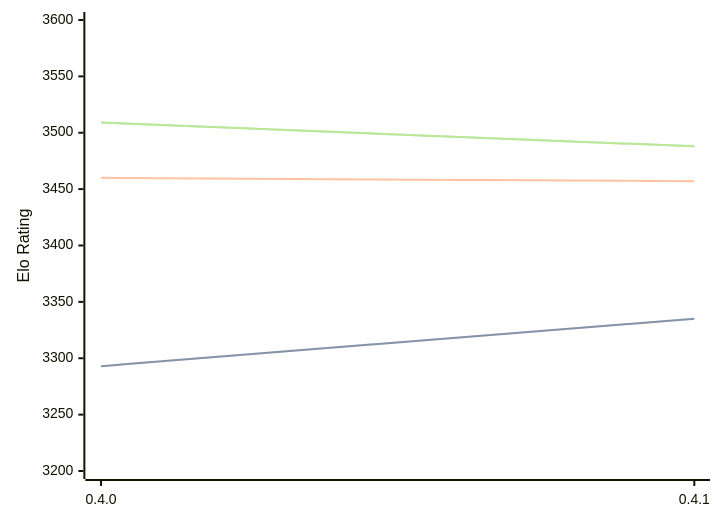
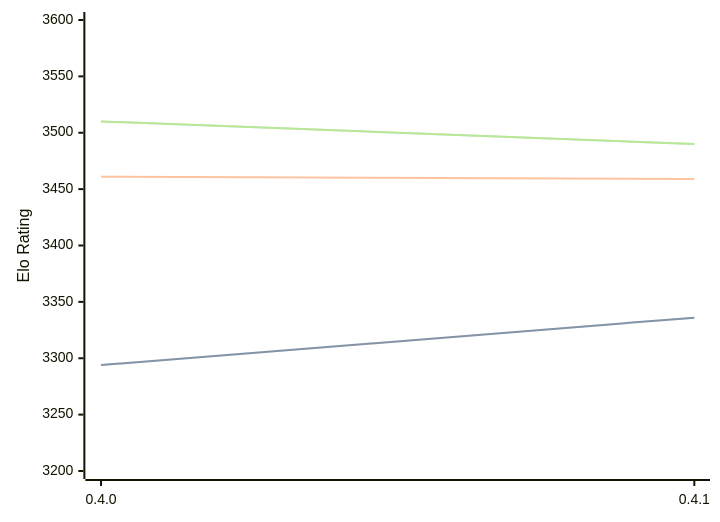
The diagram in engines/Cinder.md (computer-chess-index/cci), drawn with Mermaid before and after one commit. The commit also changed other lines of this file, not shown here.

Commit message:
Update CCI Ratings (ELO VLTC) - 2026-06-11

````diff
--- a/engines/Cinder.md
+++ b/engines/Cinder.md
@@ -40,11 +40,11 @@
 ```mermaid
 %%{init: {"theme":"base","themeVariables":{"seriesColors:['#a3a3a3','#222221','#faa371']}}}%%
 xychart-beta
   x-axis ["0.4.0", "0.4.1"]
   y-axis "Elo Rating" 3200 --> 3600
-  line "STC (8.0+0.08s)" [3293, 3335]
-  line "STC (8.0+0.08s)" [3293, 3335]
-  line "LTC (60.0+0.60s)" [3460, 3457]
-  line "VLTC (2m24s+1.12s)" [3509, 3488]
-  line "VLTC (2m24s+1.12s)" [3509, 3488]
+  line "STC (8.0+0.08s)" [3294, 3336]
+  line "STC (8.0+0.08s)" [3294, 3336]
+  line "LTC (60.0+0.60s)" [3461, 3459]
+  line "VLTC (2m24s+1.12s)" [3510, 3490]
+  line "VLTC (2m24s+1.12s)" [3510, 3490]
 ```
````
